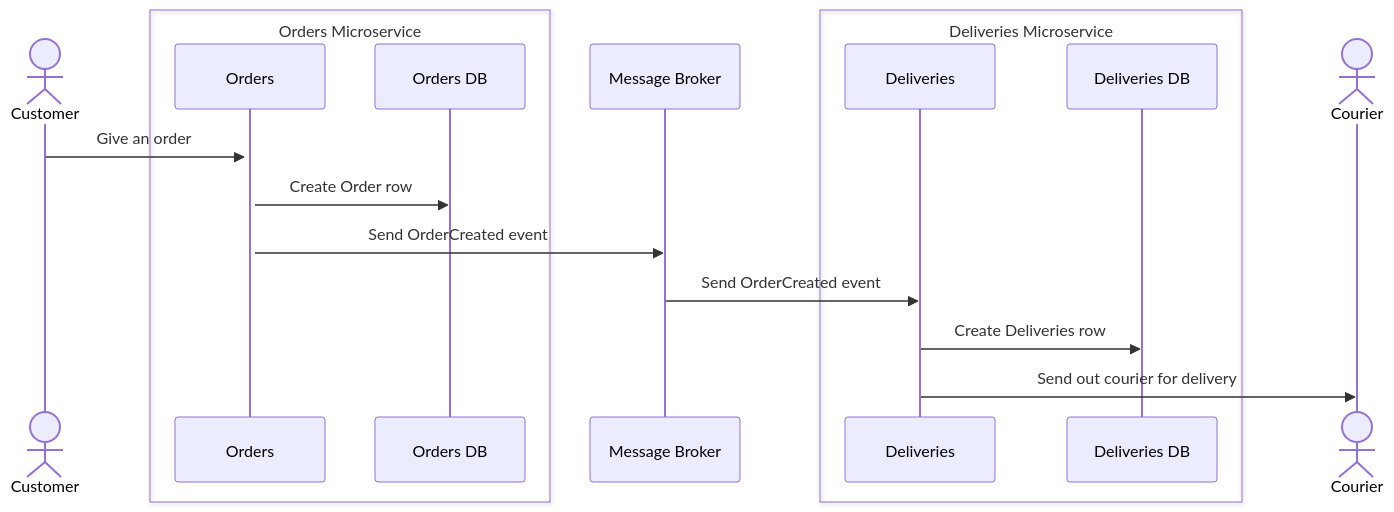
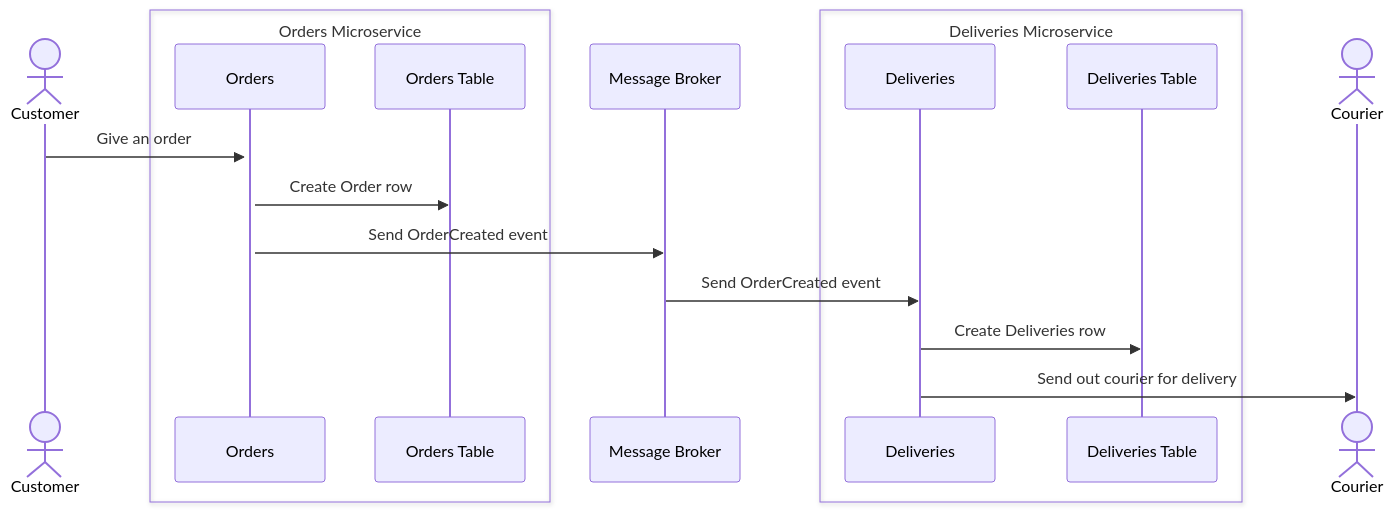
One commit to kubilaykarpat/microservices-patterns-in-practice changed the first of 2 diagrams in doc/why-outbox.md. Above: the diagram before and after it, drawn with Mermaid. The commit also changed other lines of this file, not shown here.

Commit message:
small change in diagram

````diff
--- a/doc/why-outbox.md
+++ b/doc/why-outbox.md
@@ -2,23 +2,20 @@
 ```mermaid
 sequenceDiagram
     actor Customer
     box Orders Microservice
     participant Orders
-    participant Orders DB
+    participant Orders Table
     end
     participant Message Broker
     box Deliveries Microservice
     participant Deliveries
-    participant Deliveries DB
+    participant Deliveries Table
     end
     actor Courier
     Customer ->>+ Orders: Give an order
-    Orders ->> Orders DB: Create Order row
+    Orders ->> Orders Table: Create Order row
     Orders->> Message Broker: Send OrderCreated event
     Message Broker->> Deliveries: Send OrderCreated event
-    Deliveries ->> Deliveries DB: Create Deliveries row
+    Deliveries ->> Deliveries Table: Create Deliveries row
     Deliveries ->> Courier: Send out courier for delivery
-
-
-
 ```
````
